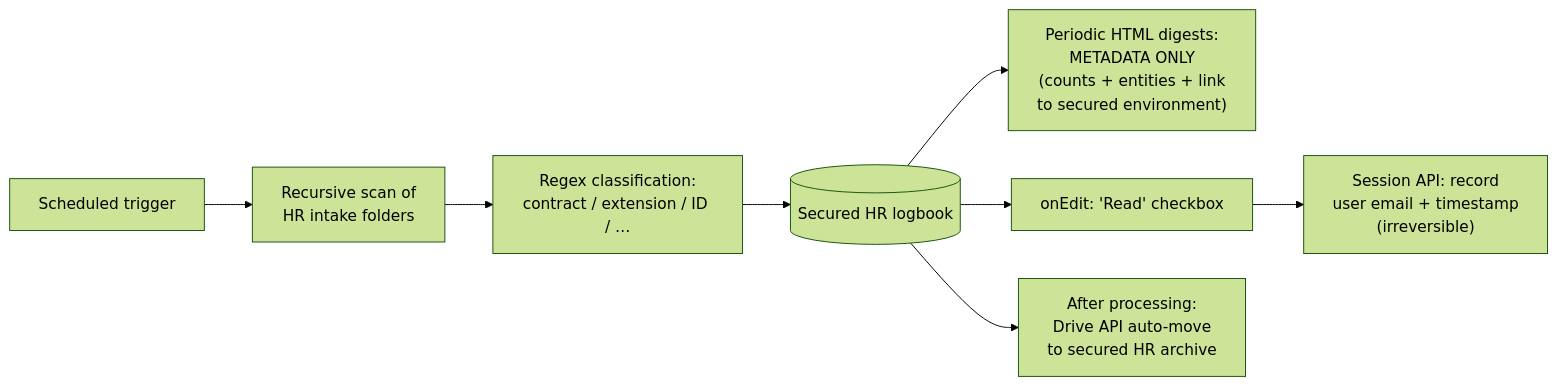
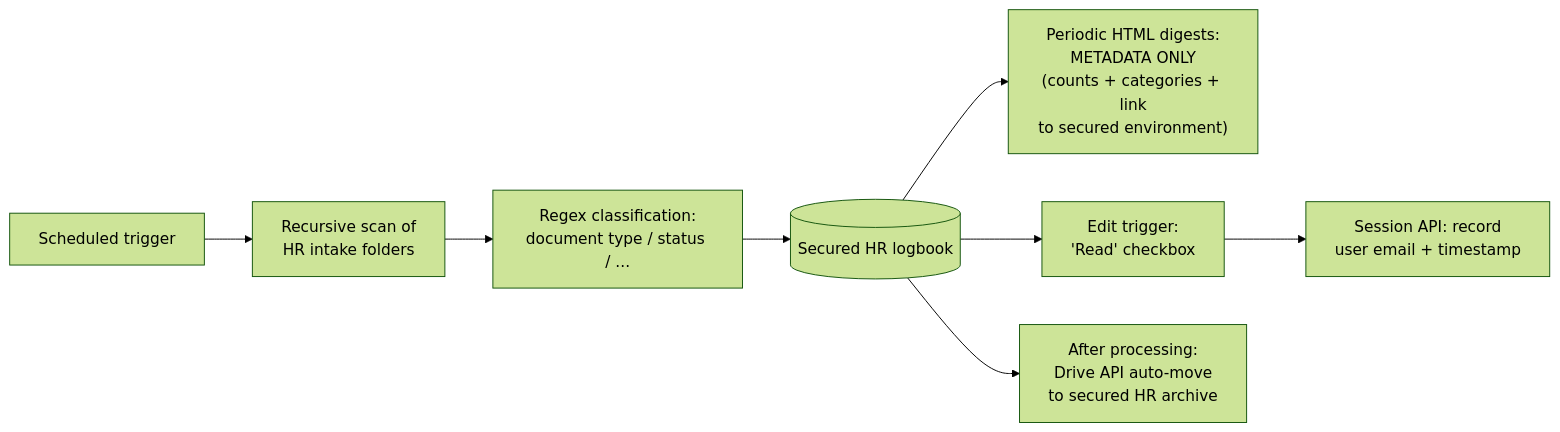
Before and after one commit to MatthiasBusscher/automation-portfolio: the diagram in case-studies/12-hr-document-compliance.md, drawn with Mermaid (forest theme). The commit also changed other lines of this file and 16 other files, not shown here.

````diff
--- a/case-studies/12-hr-document-compliance.md
+++ b/case-studies/12-hr-document-compliance.md
@@ -13,10 +13,10 @@
 ```mermaid
 flowchart LR
     CRON["Scheduled trigger"] --> SCAN["Recursive scan of<br/>HR intake folders"]
-    SCAN --> CLASS["Regex classification:<br/>contract / extension / ID / …"]
+    SCAN --> CLASS["Regex classification:<br/>document type / status / ..."]
     CLASS --> LOG[("Secured HR logbook")]
-    LOG --> DIGEST["Periodic HTML digests:<br/>METADATA ONLY<br/>(counts + entities + link<br/>to secured environment)"]
-    LOG --> EDIT["onEdit: 'Read' checkbox"]
-    EDIT --> AUDIT["Session API: record<br/>user email + timestamp<br/>(irreversible)"]
+    LOG --> DIGEST["Periodic HTML digests:<br/>METADATA ONLY<br/>(counts + categories + link<br/>to secured environment)"]
+    LOG --> EDIT["Edit trigger:<br/>'Read' checkbox"]
+    EDIT --> AUDIT["Session API: record<br/>user email + timestamp"]
     LOG --> ARCH["After processing:<br/>Drive API auto-move<br/>to secured HR archive"]
 ```
````
